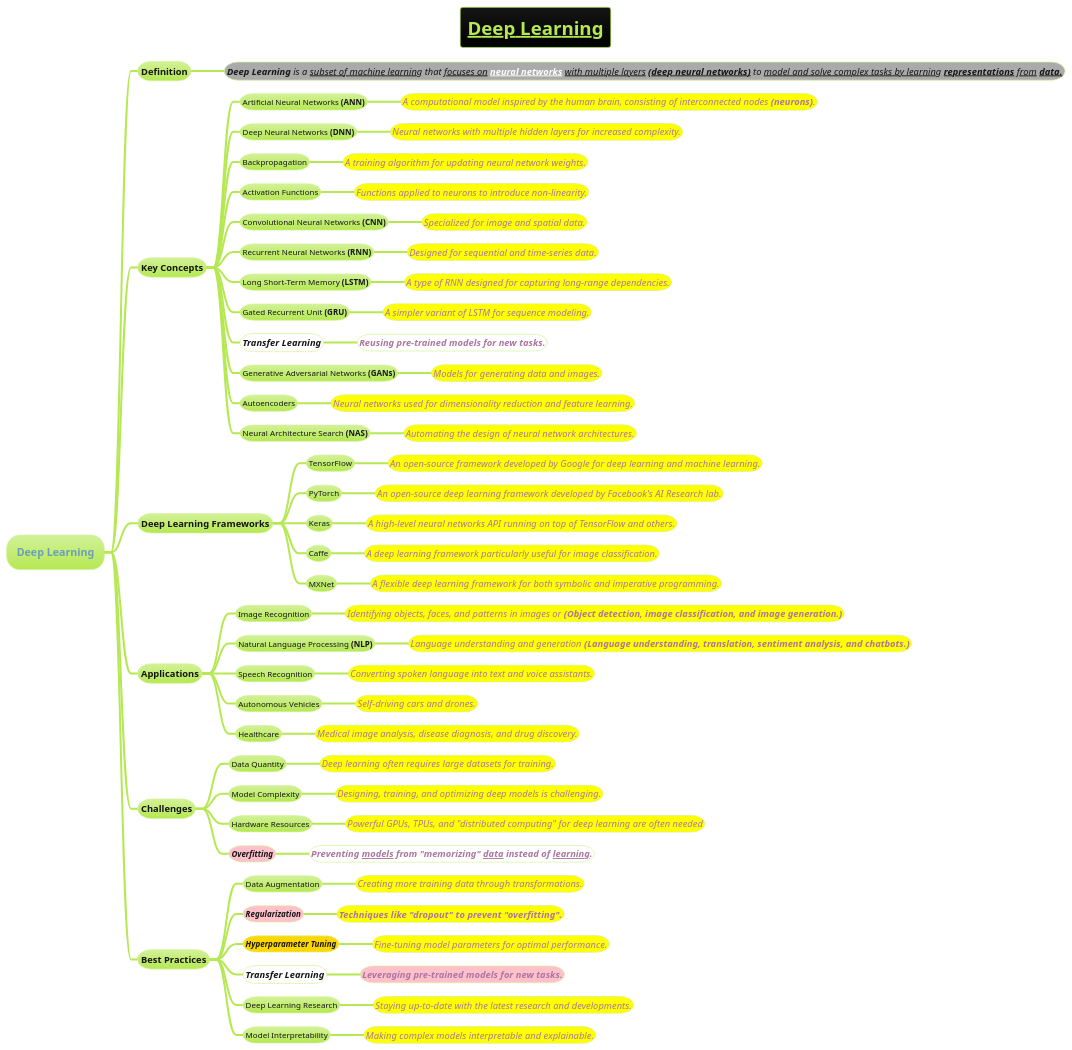
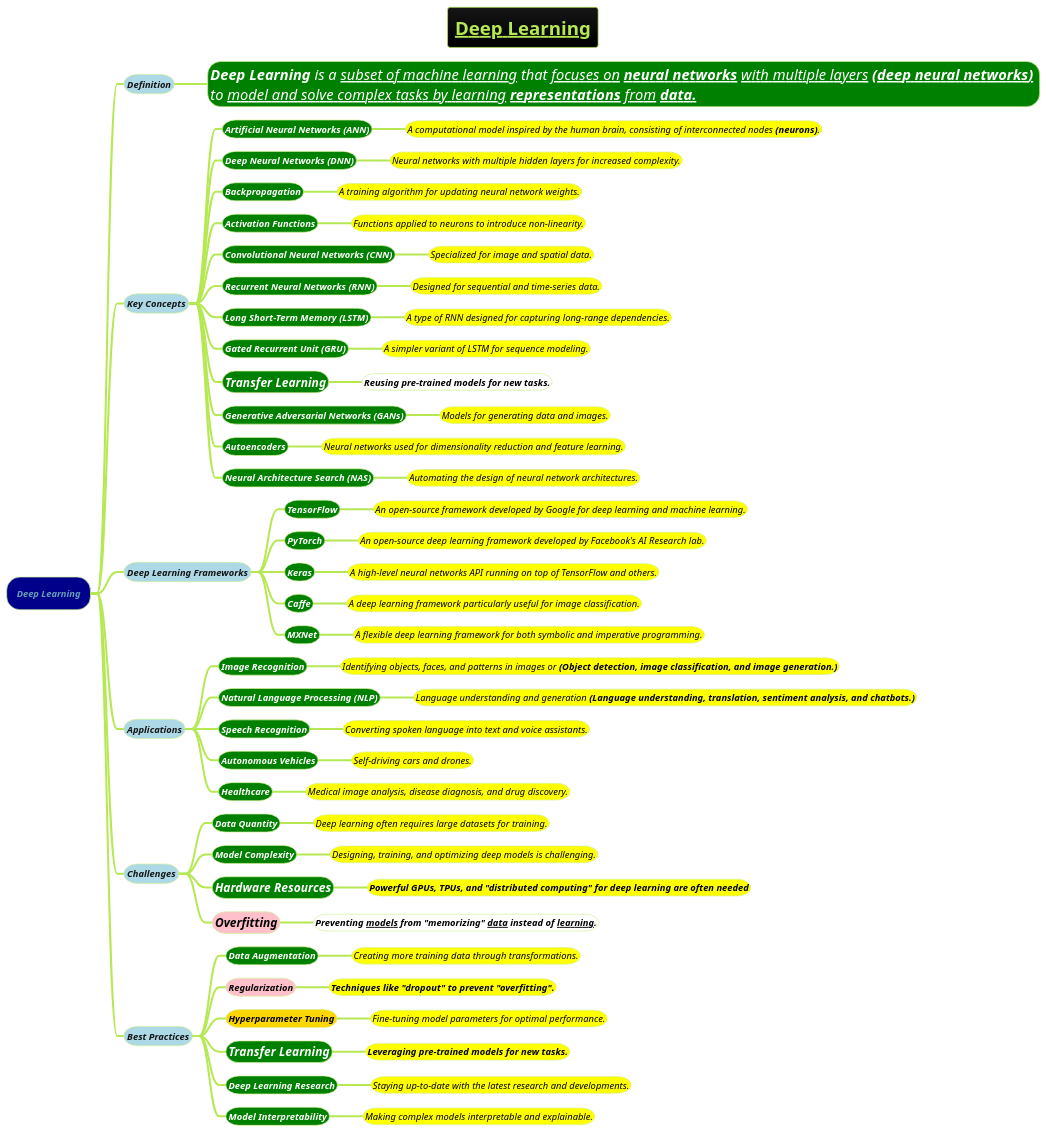
Before and after one commit to MehmoodHashmi/Documentation-as-Code-DaC: the diagram in docs/AI-ML- DL-Data-Science-and-BigData/machine-learning-ML/3-deep-learning-DL/Deep-Learning.puml, drawn with PlantUML. The commit also changed 2 other files, not shown here.

```diff
--- a/docs/AI-ML- DL-Data-Science-and-BigData/machine-learning-ML/3-deep-learning-DL/Deep-Learning.puml
+++ b/docs/AI-ML- DL-Data-Science-and-BigData/machine-learning-ML/3-deep-learning-DL/Deep-Learning.puml
@@ -1,83 +1,83 @@
 @startmindmap
 title =__Deep Learning__
 !theme hacker
 
-* Deep Learning
-** Definition
-***[#a] ====<size:14>**Deep Learning** is a __subset of machine learning__ that __focuses on **[[Neural-Network-Architecture.puml neural networks]]** with multiple layers **(deep neural networks)**__ to __model and solve complex tasks by learning **representations** from **data.**__
+*[#darkblue] <size:14><i>Deep Learning
+**[#lightblue] <size:14><i>Definition
+***[#green] <i><color #white><size:22>**Deep Learning** is a __subset of machine learning__ that __focuses on **[[Neural-Network-Architecture.puml neural networks]]** with multiple layers **[[Neural-Network-Architecture.puml (deep neural networks)]]**__ \n<i><size:22><color #white>to __model and solve complex tasks by learning **representations** from **data.**__
 
-** Key Concepts
-*** Artificial Neural Networks **(ANN)**
-****[#yellow] ====<size:14>A computational model inspired by the human brain, consisting of interconnected nodes **(neurons)**.
-*** Deep Neural Networks **(DNN)**
-****[#yellow] ====<size:14>Neural networks with multiple hidden layers for increased complexity.
-*** Backpropagation
-****[#yellow] ====<size:14>A training algorithm for updating neural network weights.
-*** Activation Functions
-****[#yellow] ====<size:14>Functions applied to neurons to introduce non-linearity.
-*** Convolutional Neural Networks **(CNN)**
-****[#yellow] ====<size:14>Specialized for image and spatial data.
-*** Recurrent Neural Networks **(RNN)**
-****[#yellow] ====<size:14>Designed for sequential and time-series data.
-*** Long Short-Term Memory **(LSTM)**
-****[#yellow] ====<size:14>A type of RNN designed for capturing long-range dependencies.
-*** Gated Recurrent Unit **(GRU)**
-****[#yellow] ====<size:14>A simpler variant of LSTM for sequence modeling.
-***[#white] ====<size:14>**Transfer Learning**
-****[#white] ====<size:14>**Reusing pre-trained models for new tasks.**
-*** Generative Adversarial Networks **(GANs)**
-****[#yellow] ====<size:14>Models for generating data and images.
-*** Autoencoders
-****[#yellow] ====<size:14>Neural networks used for dimensionality reduction and feature learning.
-*** Neural Architecture Search **(NAS)**
-****[#yellow] ====<size:14>Automating the design of neural network architectures.
+**[#lightblue] <size:14><i>Key Concepts
+***[#green] <color #white><b><size:14><i>Artificial Neural Networks **(ANN)**
+****[#yellow] <i><color #black><size:14>A computational model inspired by the human brain, consisting of interconnected nodes **(neurons)**.
+***[#green] <color #white><b><size:14><i>Deep Neural Networks **(DNN)**
+****[#yellow] <i><color #black><size:14>Neural networks with multiple hidden layers for increased complexity.
+***[#green] <color #white><b><size:14><i>Backpropagation
+****[#yellow] <i><color #black><size:14>A training algorithm for updating neural network weights.
+***[#green] <color #white><b><size:14><i>Activation Functions
+****[#yellow] <i><color #black><size:14>Functions applied to neurons to introduce non-linearity.
+***[#green] <color #white><b><size:14><i>Convolutional Neural Networks **(CNN)**
+****[#yellow] <i><color #black><size:14>Specialized for image and spatial data.
+***[#green] <color #white><b><size:14><i>Recurrent Neural Networks **(RNN)**
+****[#yellow] <i><color #black><size:14>Designed for sequential and time-series data.
+***[#green] <color #white><b><size:14><i>Long Short-Term Memory **(LSTM)**
+****[#yellow] <i><color #black><size:14>A type of RNN designed for capturing long-range dependencies.
+***[#green] <color #white><b><size:14><i>Gated Recurrent Unit **(GRU)**
+****[#yellow] <i><color #black><size:14>A simpler variant of LSTM for sequence modeling.
+***[#green] <i><color #white><size:18>**Transfer Learning**
+****[#white] <i><color #black><size:14>**Reusing pre-trained models for new tasks.**
+***[#green] <color #white><b><size:14><i>Generative Adversarial Networks **(GANs)**
+****[#yellow] <i><color #black><size:14>Models for generating data and images.
+***[#green] <color #white><b><size:14><i>Autoencoders
+****[#yellow] <i><color #black><size:14>Neural networks used for dimensionality reduction and feature learning.
+***[#green] <color #white><b><size:14><i>Neural Architecture Search **(NAS)**
+****[#yellow] <i><color #black><size:14>Automating the design of neural network architectures.
 
-** Deep Learning Frameworks
-*** TensorFlow
-****[#yellow] ====<size:14>An open-source framework developed by Google for deep learning and machine learning.
-*** PyTorch
-****[#yellow] ====<size:14>An open-source deep learning framework developed by Facebook's AI Research lab.
-*** Keras
-****[#yellow] ====<size:14>A high-level neural networks API running on top of TensorFlow and others.
-*** Caffe
-****[#yellow] ====<size:14>A deep learning framework particularly useful for image classification.
-*** MXNet
-****[#yellow] ====<size:14>A flexible deep learning framework for both symbolic and imperative programming.
+**[#lightblue] <size:14><i>Deep Learning Frameworks
+***[#green] <color #white><b><size:14><i>TensorFlow
+****[#yellow] <i><color #black><size:14>An open-source framework developed by Google for deep learning and machine learning.
+***[#green] <color #white><b><size:14><i>PyTorch
+****[#yellow] <i><color #black><size:14>An open-source deep learning framework developed by Facebook's AI Research lab.
+***[#green] <color #white><b><size:14><i>Keras
+****[#yellow] <i><color #black><size:14>A high-level neural networks API running on top of TensorFlow and others.
+***[#green] <color #white><b><size:14><i>Caffe
+****[#yellow] <i><color #black><size:14>A deep learning framework particularly useful for image classification.
+***[#green] <color #white><b><size:14><i>MXNet
+****[#yellow] <i><color #black><size:14>A flexible deep learning framework for both symbolic and imperative programming.
 
-** Applications
-*** Image Recognition
-****[#yellow] ====<size:14>Identifying objects, faces, and patterns in images or **(Object detection, image classification, and image generation.)**
-*** Natural Language Processing **(NLP)**
-****[#yellow] ====<size:14>Language understanding and generation **(Language understanding, translation, sentiment analysis, and chatbots.)**
-*** Speech Recognition
-****[#yellow] ====<size:14>Converting spoken language into text and voice assistants.
-*** Autonomous Vehicles
-****[#yellow] ====<size:14>Self-driving cars and drones.
-*** Healthcare
-****[#yellow] ====<size:14>Medical image analysis, disease diagnosis, and drug discovery.
+**[#lightblue] <size:14><i>Applications
+***[#green] <color #white><b><size:14><i>Image Recognition
+****[#yellow] <i><color #black><size:14>Identifying objects, faces, and patterns in images or **(Object detection, image classification, and image generation.)**
+***[#green] <color #white><b><size:14><i>Natural Language Processing **(NLP)**
+****[#yellow] <i><color #black><size:14>Language understanding and generation **(Language understanding, translation, sentiment analysis, and chatbots.)**
+***[#green] <color #white><b><size:14><i>Speech Recognition
+****[#yellow] <i><color #black><size:14>Converting spoken language into text and voice assistants.
+***[#green] <color #white><b><size:14><i>Autonomous Vehicles
+****[#yellow] <i><color #black><size:14>Self-driving cars and drones.
+***[#green] <color #white><b><size:14><i>Healthcare
+****[#yellow] <i><color #black><size:14>Medical image analysis, disease diagnosis, and drug discovery.
 
-** Challenges
-*** Data Quantity
-****[#yellow] ====<size:14>Deep learning often requires large datasets for training.
-*** Model Complexity
-****[#yellow] ====<size:14>Designing, training, and optimizing deep models is challenging.
-*** Hardware Resources
-****[#yellow] ====<size:14>Powerful GPUs, TPUs, and "distributed computing" for deep learning are often needed
-***[#pink] ====**Overfitting**
-****[#white] ====<size:14>**Preventing __models__ from "memorizing" __data__ instead of __learning__.**
+**[#lightblue] <size:14><i>Challenges
+***[#green] <color #white><b><size:14><i>Data Quantity
+****[#yellow] <i><color #black><size:14>Deep learning often requires large datasets for training.
+***[#green] <color #white><b><size:14><i>Model Complexity
+****[#yellow] <i><color #black><size:14>Designing, training, and optimizing deep models is challenging.
+***[#green] <color #white><b><size:18><i>Hardware Resources
+****[#yellow] <i><color #black><size:14><b>Powerful GPUs, TPUs, and "distributed computing" for deep learning are often needed
+***[#pink] <i><color #black><size:18>**Overfitting**
+****[#white] <i><color #black><size:14>**Preventing __models__ from "memorizing" __data__ instead of __learning__.**
 
-** Best Practices
-*** Data Augmentation
-****[#yellow] ====<size:14>Creating more training data through transformations.
-***[#pink] ====**Regularization**
-****[#yellow] ====<size:14>**Techniques like "dropout" to prevent "overfitting".**
-***[#gold] ====**Hyperparameter Tuning**
-****[#yellow] ====<size:14>Fine-tuning model parameters for optimal performance.
-***[#white] ====<size:14>**Transfer Learning**
-****[#pink] ====<size:14>**Leveraging pre-trained models for new tasks.**
-*** Deep Learning Research
-****[#yellow] ====<size:14>Staying up-to-date with the latest research and developments.
-*** Model Interpretability
-****[#yellow] ====<size:14>Making complex models interpretable and explainable.
+**[#lightblue] <size:14><i>Best Practices
+***[#green] <color #white><b><size:14><i>Data Augmentation
+****[#yellow] <i><color #black><size:14>Creating more training data through transformations.
+***[#pink] <i><color #black><size:14>**Regularization**
+****[#yellow] <i><color #black><size:14>**Techniques like "dropout" to prevent "overfitting".**
+***[#gold] <i><color #black><size:14>**Hyperparameter Tuning**
+****[#yellow] <i><color #black><size:14>Fine-tuning model parameters for optimal performance.
+***[#green] <i><color #white><size:18>**Transfer Learning**
+****[#yellow] <i><color #black><size:14>**Leveraging pre-trained models for new tasks.**
+***[#green] <color #white><b><size:14><i>Deep Learning Research
+****[#yellow] <i><color #black><size:14>Staying up-to-date with the latest research and developments.
+***[#green] <color #white><b><size:14><i>Model Interpretability
+****[#yellow] <i><color #black><size:14>Making complex models interpretable and explainable.
 
 @endmindmap
```
